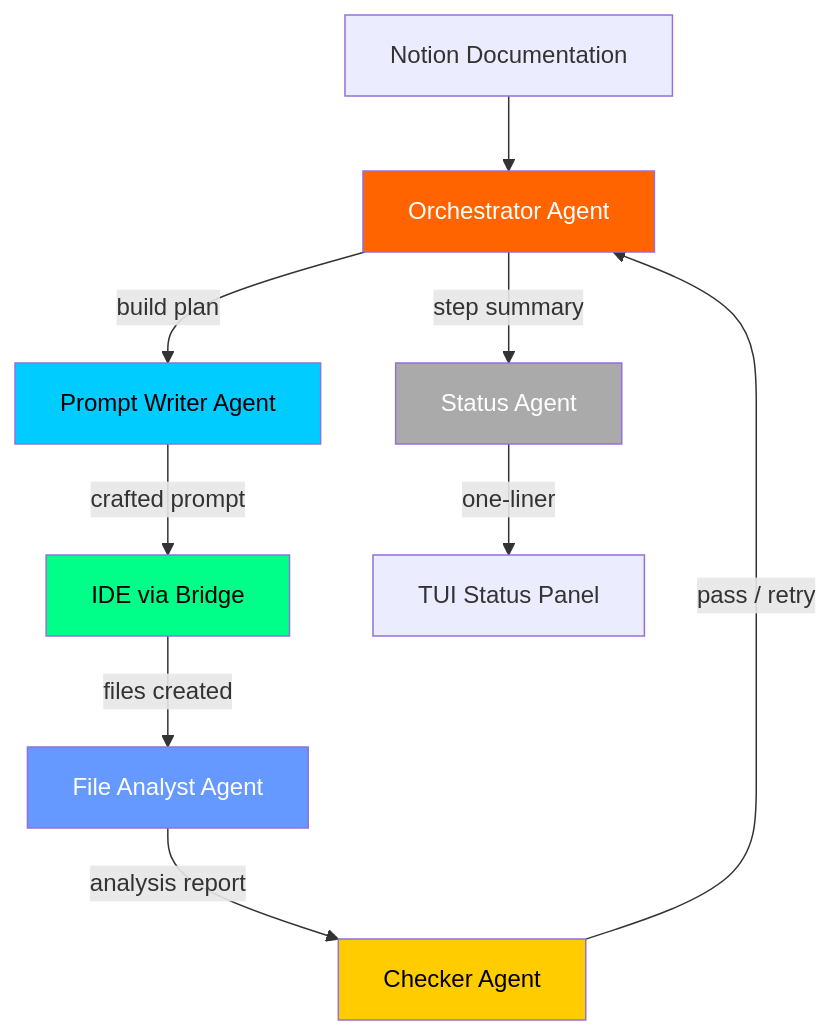
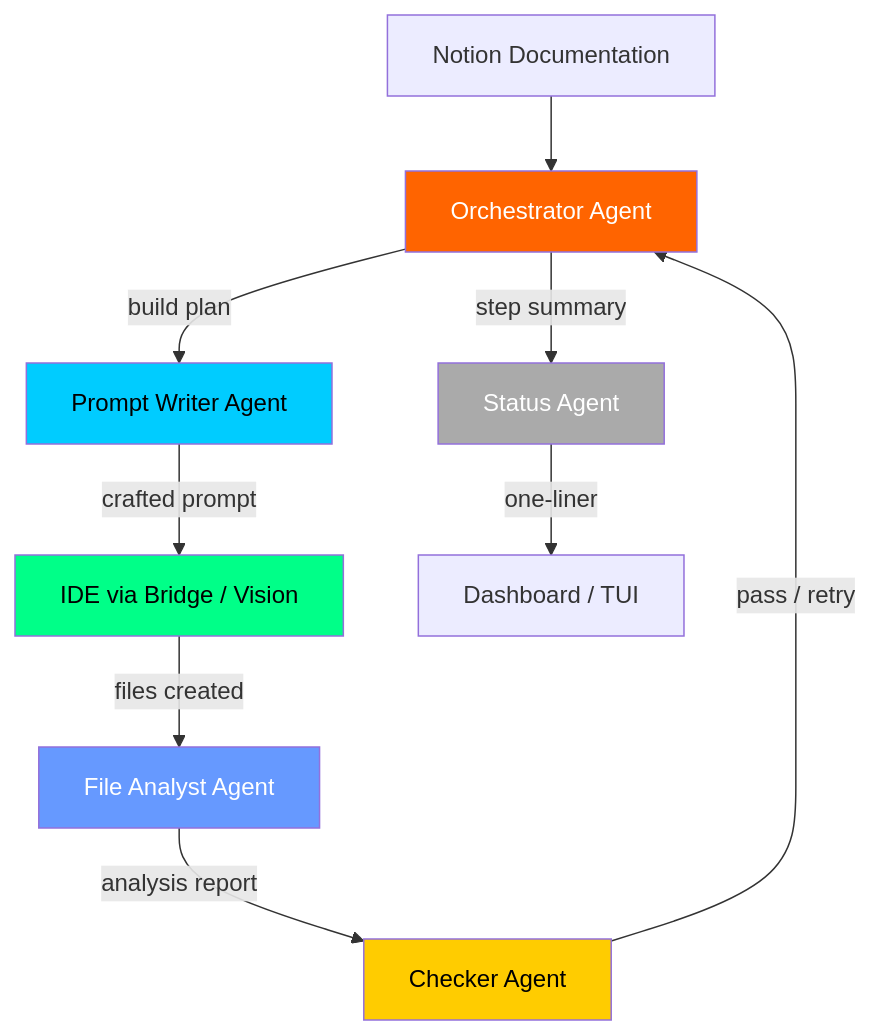
One commit to Shubham-Ramkabir/IPM changed the first of 4 diagrams in Readme.md. Above: the diagram before and after it, drawn with Mermaid. The commit also changed other lines of this file, not shown here.

````diff
--- a/Readme.md
+++ b/Readme.md
@@ -30,18 +54,18 @@
 ```mermaid
 graph TD
     A[Notion Documentation] --> B[Orchestrator Agent]
     B -->|build plan| C[Prompt Writer Agent]
-    C -->|crafted prompt| D[IDE via Bridge]
+    C -->|crafted prompt| D[IDE via Bridge / Vision]
     D -->|files created| E[File Analyst Agent]
     E -->|analysis report| F[Checker Agent]
     F -->|pass / retry| B
     B -->|step summary| G[Status Agent]
-    G -->|one-liner| H[TUI Status Panel]
+    G -->|one-liner| H[Dashboard / TUI]
 
     style B fill:#FF6400,color:#fff
     style C fill:#00ccff,color:#000
     style E fill:#6699ff,color:#fff
     style F fill:#ffcc00,color:#000
     style G fill:#aaaaaa,color:#fff
     style D fill:#00ff88,color:#000
 ```
````
